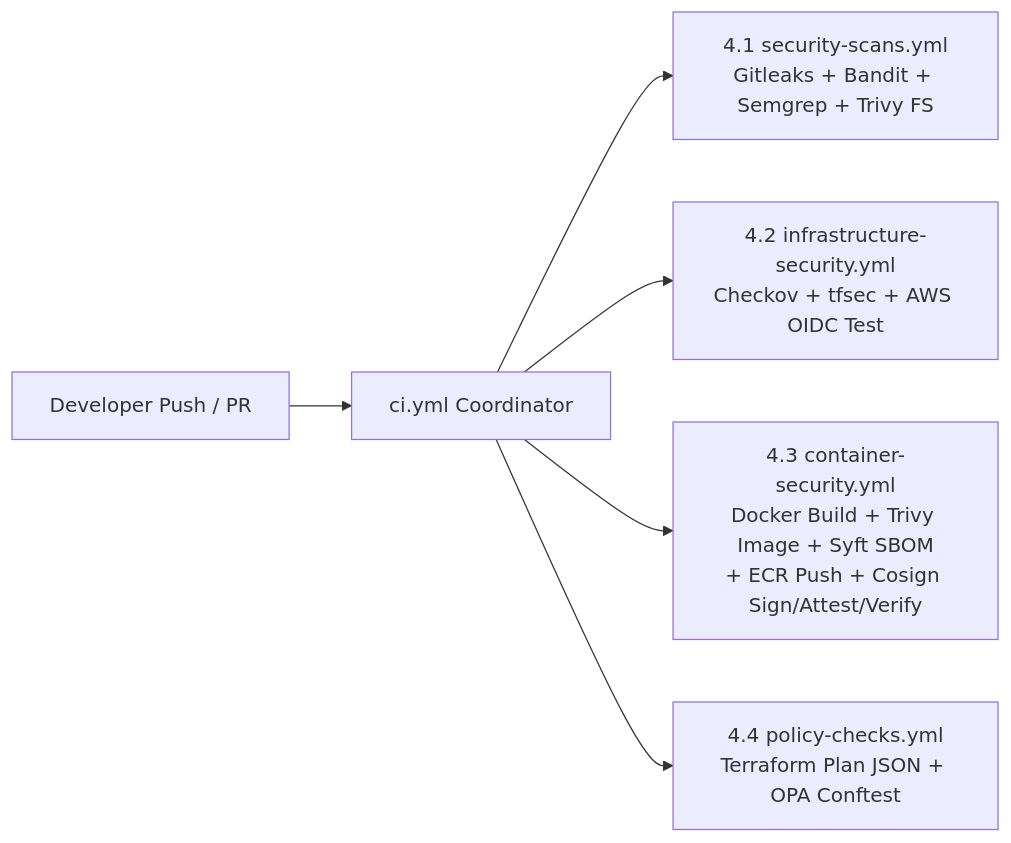
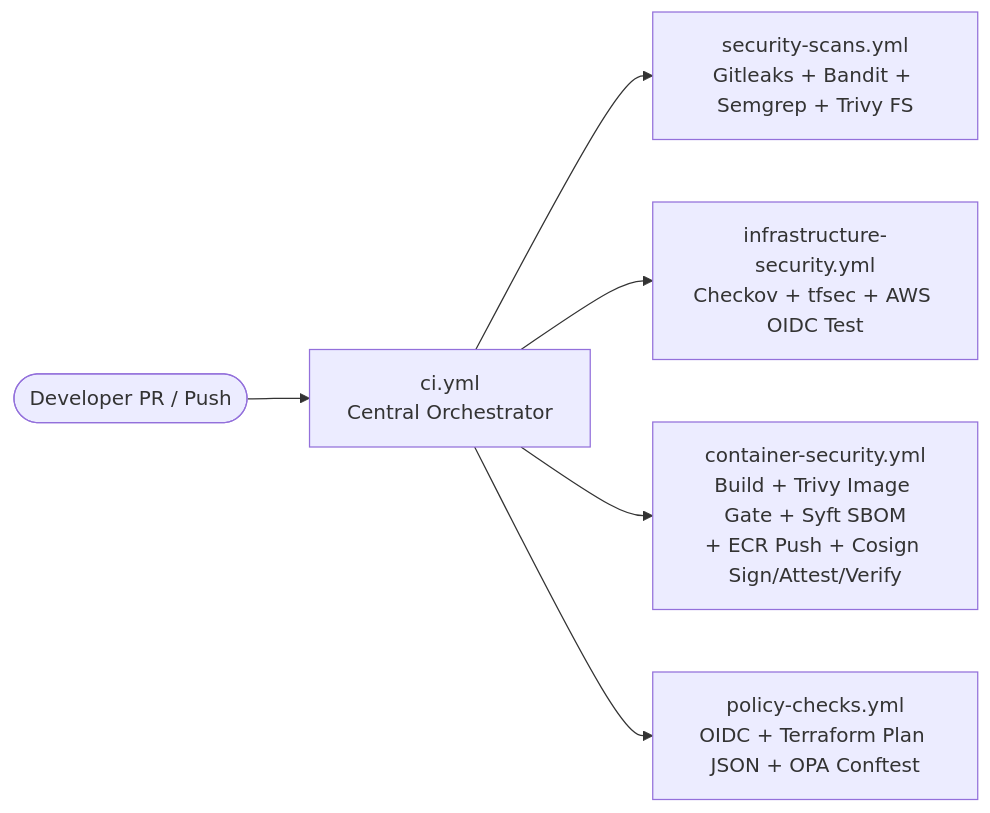
The second of 3 diagrams in docs/architecture.md (ch1n4x4/Sentinelpay), drawn with Mermaid before and after one commit. The commit also changed other lines of this file and 2 other files, not shown here.

Commit message:
docs: add comprehensive SentinelPay architecture, setup, and troubleshooting guides

````diff
--- a/docs/architecture.md
+++ b/docs/architecture.md
@@ -91,8 +111,8 @@
 ```mermaid
 graph LR
-    A[Developer Push / PR] --> B[ci.yml Coordinator]
-    B --> C[4.1 security-scans.yml<br/>Gitleaks + Bandit + Semgrep + Trivy FS]
-    B --> D[4.2 infrastructure-security.yml<br/>Checkov + tfsec + AWS OIDC Test]
-    B --> E[4.3 container-security.yml<br/>Docker Build + Trivy Image + Syft SBOM<br/>+ ECR Push + Cosign Sign/Attest/Verify]
-    B --> F[4.4 policy-checks.yml<br/>Terraform Plan JSON + OPA Conftest]
+    Dev([Developer PR / Push]) --> Orch[ci.yml<br/>Central Orchestrator]
+    Orch --> W1[security-scans.yml<br/>Gitleaks + Bandit + Semgrep + Trivy FS]
+    Orch --> W2[infrastructure-security.yml<br/>Checkov + tfsec + AWS OIDC Test]
+    Orch --> W3[container-security.yml<br/>Build + Trivy Image Gate + Syft SBOM<br/>+ ECR Push + Cosign Sign/Attest/Verify]
+    Orch --> W4[policy-checks.yml<br/>OIDC + Terraform Plan JSON + OPA Conftest]
 ```
````
